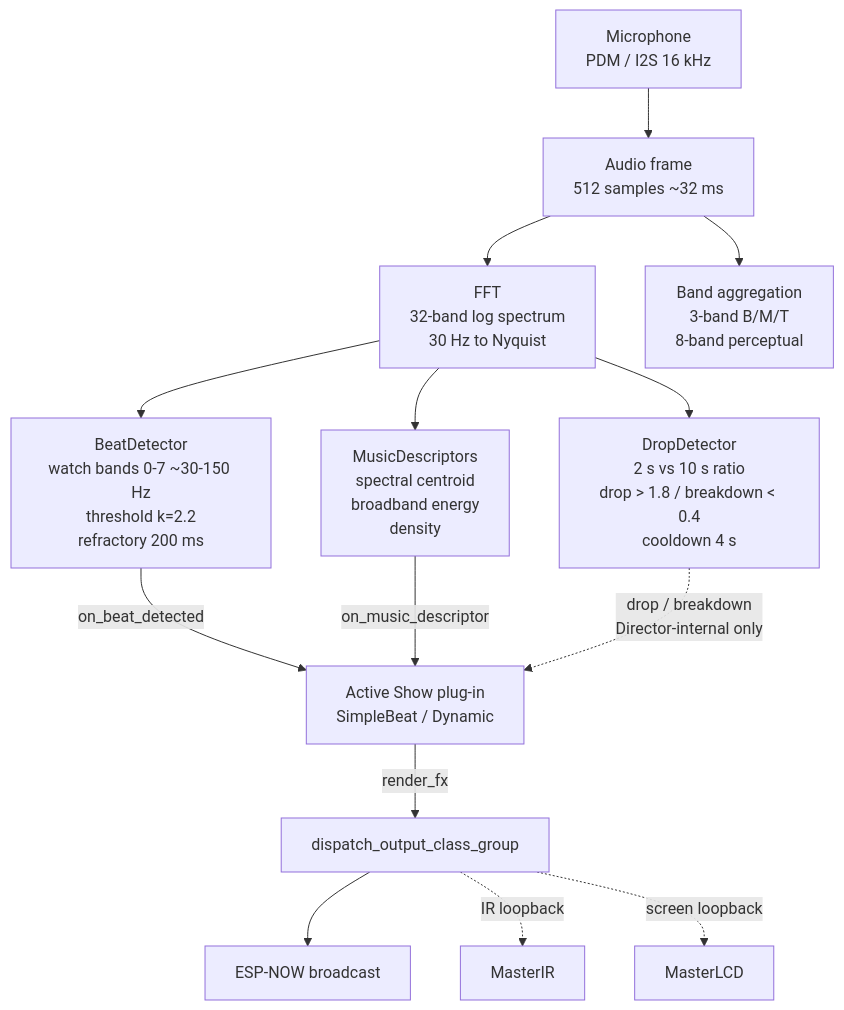
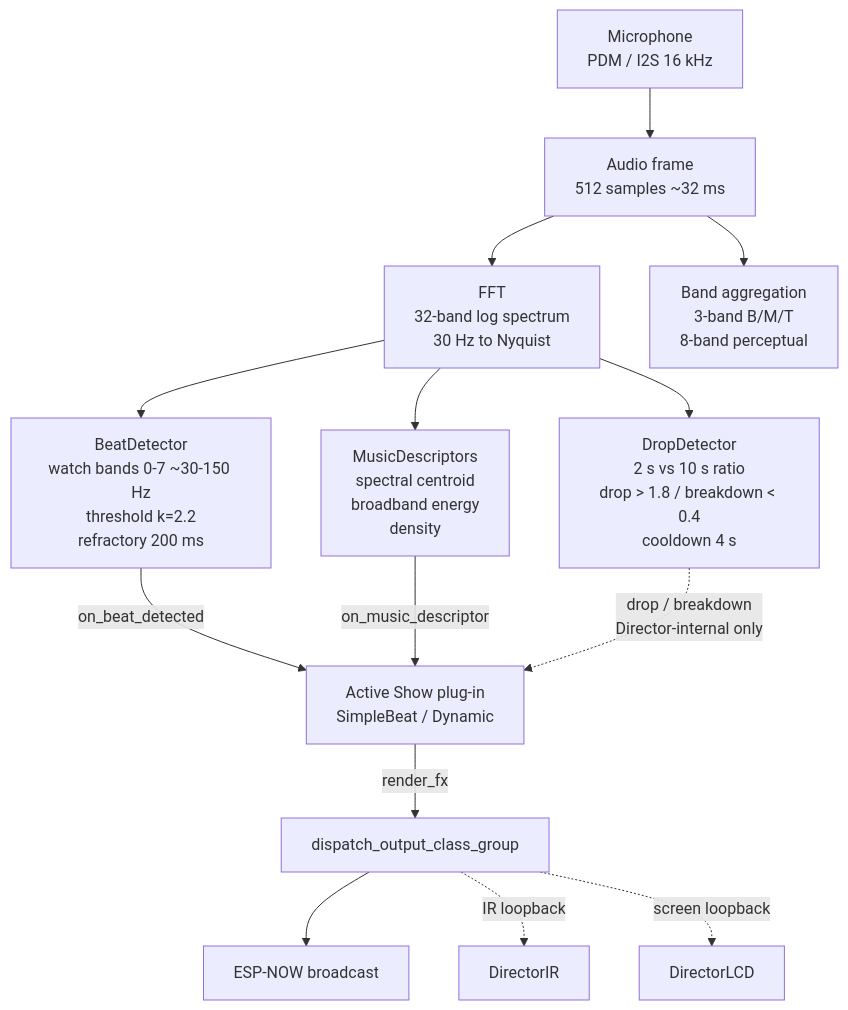
One commit to ratcliffej/nocturnation-stickc changed the fourth of 10 diagrams in docs/manuals/flow-diagrams.md. Above: the diagram before and after it, drawn with Mermaid. The commit also changed other lines of this file, not shown here.

First line of the commit message:
Flow diagrams: de-brand IR and clarify Show is the producer

````diff
--- a/docs/manuals/flow-diagrams.md
+++ b/docs/manuals/flow-diagrams.md
@@ -126,20 +134,20 @@
 ```mermaid
 flowchart TD
     Mic[Microphone<br/>PDM / I2S 16 kHz] --> Frame[Audio frame<br/>512 samples ~32 ms]
     Frame --> FFT[FFT<br/>32-band log spectrum<br/>30 Hz to Nyquist]
     Frame --> Bands[Band aggregation<br/>3-band B/M/T<br/>8-band perceptual]
 
     FFT --> BeatDet[BeatDetector<br/>watch bands 0-7 ~30-150 Hz<br/>threshold k=2.2<br/>refractory 200 ms]
     FFT --> DropDet[DropDetector<br/>2 s vs 10 s ratio<br/>drop > 1.8 / breakdown < 0.4<br/>cooldown 4 s]
     FFT --> Desc[MusicDescriptors<br/>spectral centroid<br/>broadband energy<br/>density]
 
     BeatDet -- on_beat_detected --> Show
     Desc -- on_music_descriptor --> Show
     DropDet -. "drop / breakdown<br/>Director-internal only" .-> Show
 
     Show[Active Show plug-in<br/>SimpleBeat / Dynamic]
     Show -- render_fx --> Dispatch[dispatch_output_class_group]
     Dispatch --> ESPNow[ESP-NOW broadcast]
-    Dispatch -. IR loopback .-> MasterIR
-    Dispatch -. screen loopback .-> MasterLCD
+    Dispatch -. IR loopback .-> DirectorIR
+    Dispatch -. screen loopback .-> DirectorLCD
 ```
````
